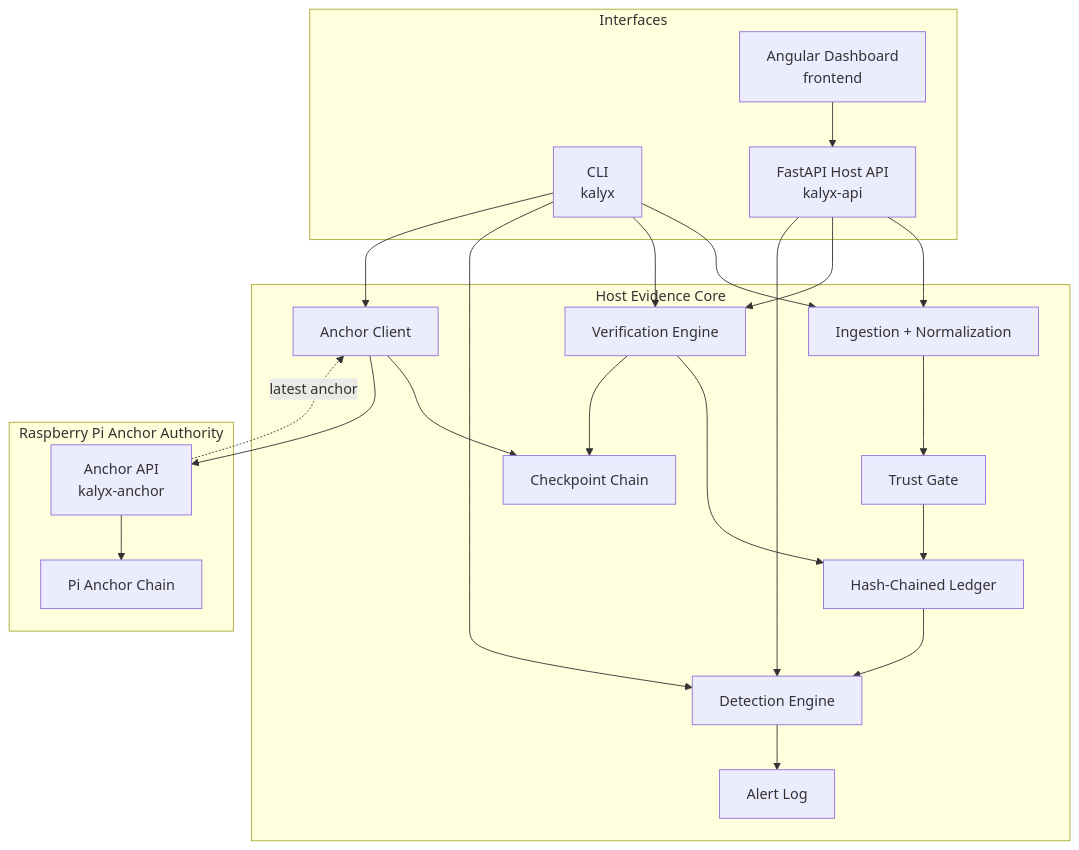
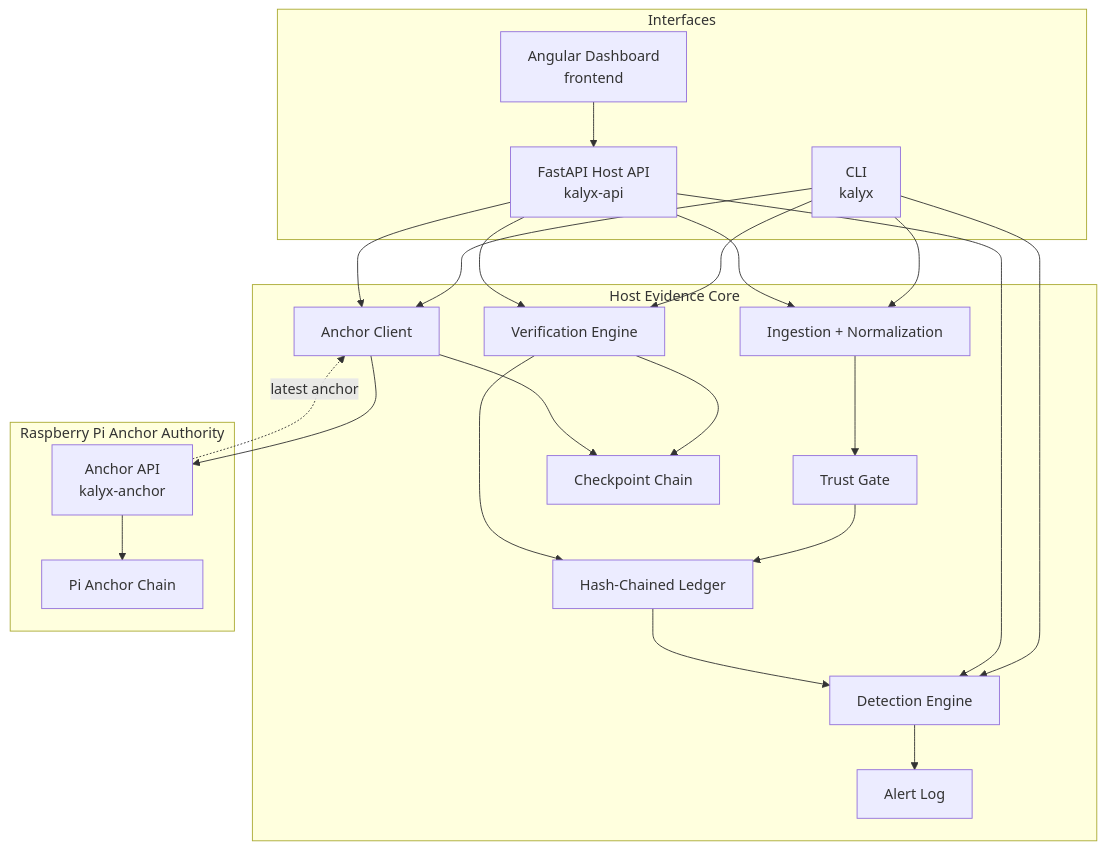
The first of 2 diagrams in README.md (parthrohit22/kalyx), drawn with Mermaid before and after one commit. The commit also changed other lines of this file and 7 other files, not shown here.

````diff
--- a/README.md
+++ b/README.md
@@ -64,45 +64,46 @@
 ```mermaid
 flowchart TD
     subgraph Interfaces["Interfaces"]
         CLI["CLI<br/>kalyx"]
         API["FastAPI Host API<br/>kalyx-api"]
         UI["Angular Dashboard<br/>frontend"]
     end
 
     subgraph Host["Host Evidence Core"]
         Ingest["Ingestion + Normalization"]
         TrustGate["Trust Gate"]
         Ledger["Hash-Chained Ledger"]
         Verify["Verification Engine"]
         Checkpoints["Checkpoint Chain"]
         Detect["Detection Engine"]
         Alerts["Alert Log"]
         AnchorClient["Anchor Client"]
     end
 
     subgraph Pi["Raspberry Pi Anchor Authority"]
         AnchorAPI["Anchor API<br/>kalyx-anchor"]
         AnchorChain["Pi Anchor Chain"]
     end
 
     UI --> API
 
     CLI --> Ingest
     API --> Ingest
     CLI --> Verify
     API --> Verify
     CLI --> Detect
     API --> Detect
     CLI --> AnchorClient
+    API --> AnchorClient
 
     Ingest --> TrustGate
     TrustGate --> Ledger
     Verify --> Ledger
     Verify --> Checkpoints
     Ledger --> Detect
     Detect --> Alerts
     AnchorClient --> Checkpoints
     AnchorClient --> AnchorAPI
     AnchorAPI --> AnchorChain
     AnchorAPI -. latest anchor .-> AnchorClient
 ```
````
